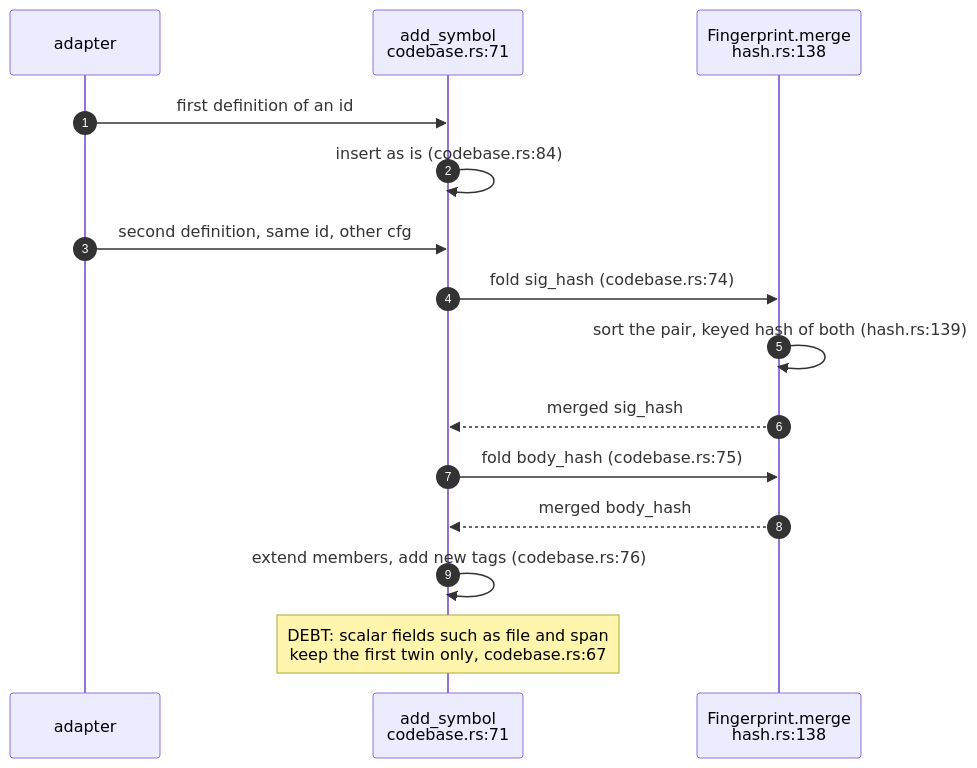
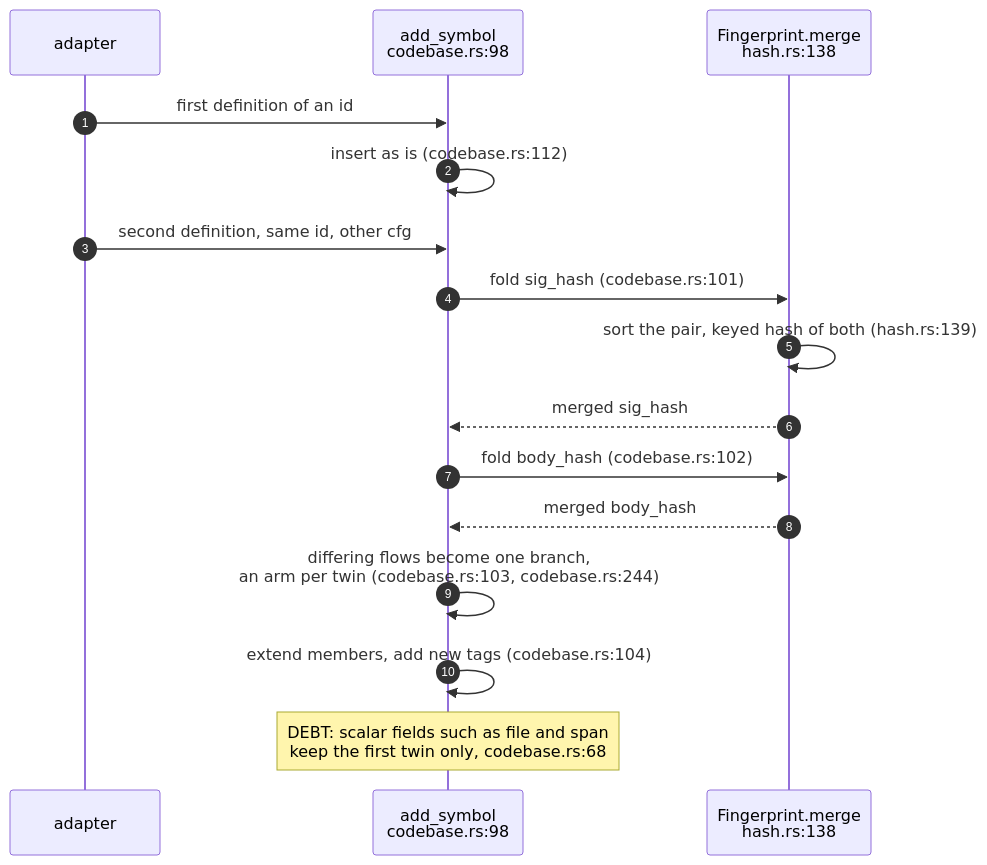
One commit to DreamLab-AI/codemaid changed the third of 5 diagrams in docs/diagrams/model/02-content-hashes-and-fingerprints.md. Above: the diagram before and after it, drawn with Mermaid. The commit also changed other lines of this file and 21 other files, not shown here.

````diff
--- a/docs/diagrams/model/02-content-hashes-and-fingerprints.md
+++ b/docs/diagrams/model/02-content-hashes-and-fingerprints.md
@@ -137,17 +137,18 @@
 ```mermaid
 sequenceDiagram
     autonumber
     participant AD as adapter
-    participant CB as add_symbol<br/>codebase.rs:71
+    participant CB as add_symbol<br/>codebase.rs:98
     participant FP as Fingerprint.merge<br/>hash.rs:138
     AD->>CB: first definition of an id
-    CB->>CB: insert as is (codebase.rs:84)
+    CB->>CB: insert as is (codebase.rs:112)
     AD->>CB: second definition, same id, other cfg
-    CB->>FP: fold sig_hash (codebase.rs:74)
+    CB->>FP: fold sig_hash (codebase.rs:101)
     FP->>FP: sort the pair, keyed hash of both (hash.rs:139)
     FP-->>CB: merged sig_hash
-    CB->>FP: fold body_hash (codebase.rs:75)
+    CB->>FP: fold body_hash (codebase.rs:102)
     FP-->>CB: merged body_hash
-    CB->>CB: extend members, add new tags (codebase.rs:76)
-    Note over CB: DEBT: scalar fields such as file and span<br/>keep the first twin only, codebase.rs:67
+    CB->>CB: differing flows become one branch,<br/>an arm per twin (codebase.rs:103, codebase.rs:244)
+    CB->>CB: extend members, add new tags (codebase.rs:104)
+    Note over CB: DEBT: scalar fields such as file and span<br/>keep the first twin only, codebase.rs:68
 ```
````
